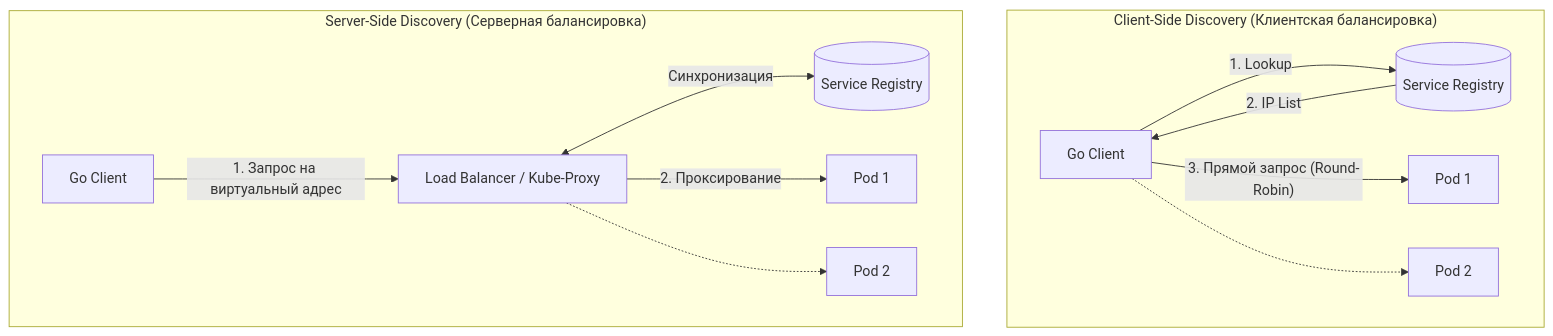
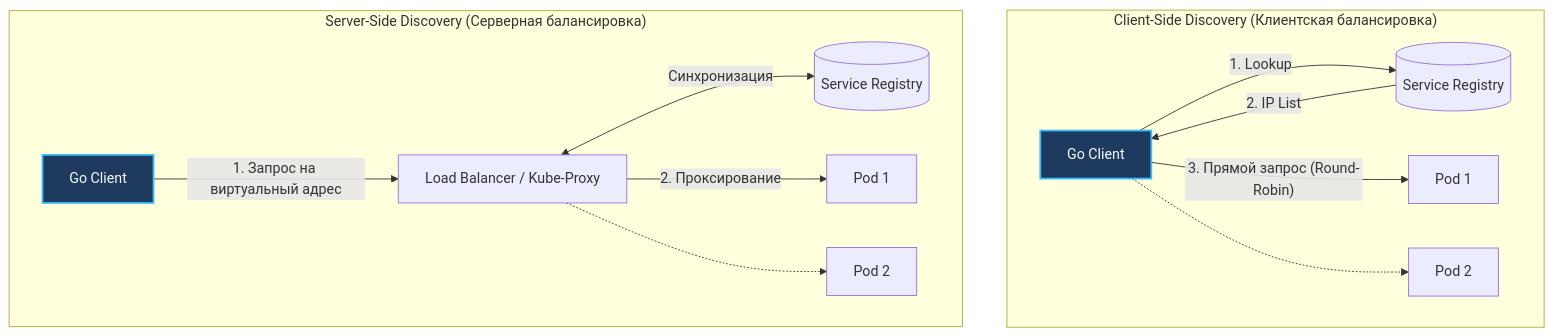
One commit to UnrealTemplier/go-textbook changed the second of 3 diagrams in sources/14. Распределенные системы на Go/04. Микросервисы/8. Service discovery.md. Above: the diagram before and after it, drawn with Mermaid. The commit also changed other lines of this file and 1666 other files, not shown here.

First line of the commit message:
feat(mermaid): add semantic color classDef to 1369 colorless flowchart/graph diagrams

````diff
--- a/sources/14. Распределенные системы на Go/04. Микросервисы/8. Service discovery.md
+++ b/sources/14. Распределенные системы на Go/04. Микросервисы/8. Service discovery.md
@@ -46,16 +56,26 @@
 ```mermaid
 flowchart TD
+    classDef process  fill:#1e293b,stroke:#38bdf8,stroke-width:1px,color:#f8fafc
+    classDef success  fill:#064e3b,stroke:#34d399,stroke-width:1px,color:#f8fafc
+    classDef error    fill:#7f1d1d,stroke:#f87171,stroke-width:1px,color:#f8fafc
+    classDef warning  fill:#78350f,stroke:#fbbf24,stroke-width:1px,color:#f8fafc
+    classDef entry    fill:#1e3a5f,stroke:#38bdf8,stroke-width:2px,color:#f8fafc
+    classDef aux      fill:#334155,stroke:#64748b,stroke-width:1px,color:#f8fafc
+    classDef system   fill:#312e81,stroke:#a78bfa,stroke-width:1px,color:#f8fafc
+    classDef data     fill:#132d29,stroke:#2dd4bf,stroke-width:1px,color:#f8fafc
+    classDef network  fill:#881337,stroke:#fb7185,stroke-width:1px,color:#f8fafc
+    classDef accent   fill:#1e1b4b,stroke:#818cf8,stroke-width:1px,color:#f8fafc
     subgraph ClientSide["Client-Side Discovery (Клиентская балансировка)"]
-        C1["Go Client"] -->|"1. Lookup"| Reg1[("Service Registry")]
+        C1["Go Client"]:::entry -->|"1. Lookup"| Reg1[("Service Registry")]
         Reg1 -->|"2. IP List"| C1
         C1 -->|"3. Прямой запрос (Round-Robin)"| PodA["Pod 1"]
         C1 -.-> PodB["Pod 2"]
     end
 
     subgraph ServerSide["Server-Side Discovery (Серверная балансировка)"]
-        C2["Go Client"] -->|"1. Запрос на виртуальный адрес"| LB["Load Balancer / Kube-Proxy"]
+        C2["Go Client"]:::entry -->|"1. Запрос на виртуальный адрес"| LB["Load Balancer / Kube-Proxy"]
         LB <-->|"Синхронизация"| Reg2[("Service Registry")]
         LB -->|"2. Проксирование"| PodC["Pod 1"]
         LB -.-> PodD["Pod 2"]
     end
 ```
````
